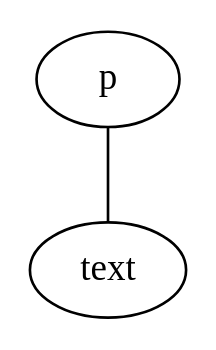
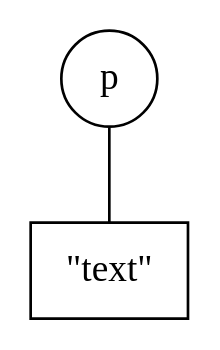
Before and after one commit to plexus/conf-talks: the third of 5 diagrams in 2013-rulu/presentation.md, drawn with Graphviz. The commit also changed other lines of this file and 6 other files, not shown here.

`````diff
--- a/2013-rulu/presentation.md
+++ b/2013-rulu/presentation.md
@@ -187,5 +390,8 @@
 ````dot
 graph para {
+  p[shape="circle"];
+  text[label="\"text\"" shape="box"];
+
   p -- text;
 }
 ````
`````
